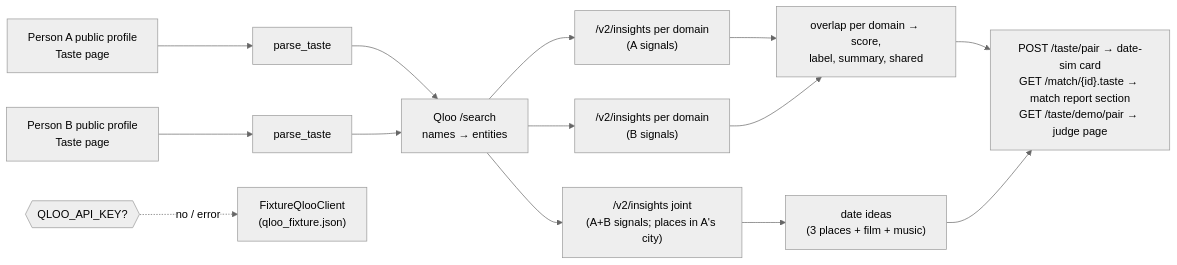
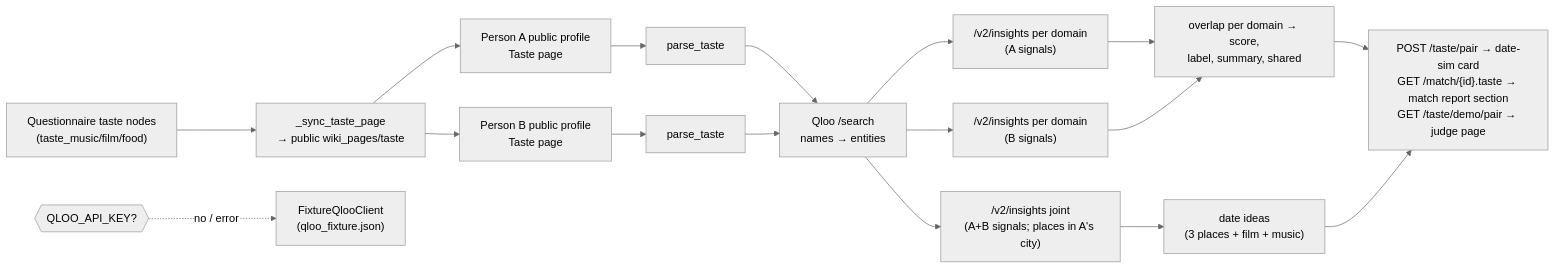
Before and after one commit to suhailps93/ayma-v2: diagram 13 of 13 in docs/ARCHITECTURE.md, drawn with Mermaid (neutral theme). The commit also changed other lines of this file and 10 other files, not shown here.

````diff
--- a/docs/ARCHITECTURE.md
+++ b/docs/ARCHITECTURE.md
@@ -2042,13 +2053,16 @@
 ```mermaid
 flowchart LR
+  QZ["Questionnaire taste nodes<br/>(taste_music/film/food)"] --> SYNC["_sync_taste_page<br/>→ public wiki_pages/taste"]
+  SYNC --> A
+  SYNC --> B
   A["Person A public profile<br/>Taste page"] --> PA["parse_taste"]
   B["Person B public profile<br/>Taste page"] --> PB["parse_taste"]
   PA & PB --> RES["Qloo /search<br/>names → entities"]
   RES --> RA["/v2/insights per domain<br/>(A signals)"]
   RES --> RB["/v2/insights per domain<br/>(B signals)"]
   RES --> RJ["/v2/insights joint<br/>(A+B signals; places in A's city)"]
   RA & RB --> SC["overlap per domain → score,<br/>label, summary, shared"]
   RJ --> DI["date ideas<br/>(3 places + film + music)"]
   SC & DI --> OUT["POST /taste/pair → date-sim card<br/>GET /match/{id}.taste → match report section<br/>GET /taste/demo/pair → judge page"]
   Q{{"QLOO_API_KEY?"}} -.no / error.-> FX["FixtureQlooClient<br/>(qloo_fixture.json)"]
 ```
````
